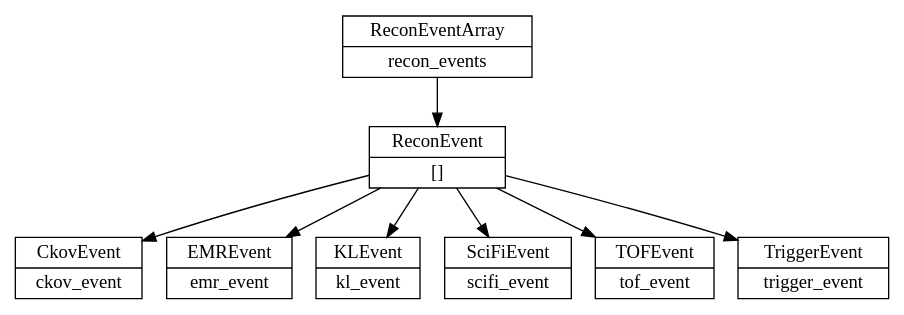
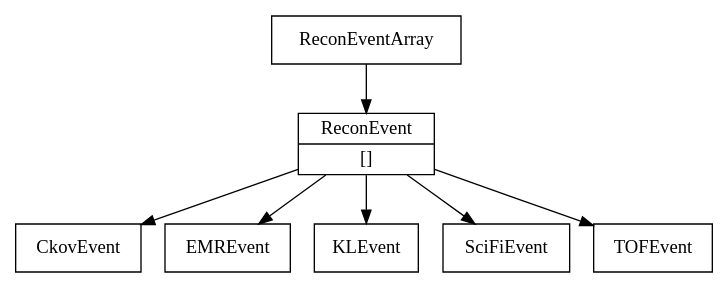
The diagram in figs/recon_datastructure.dot (durgarajaram/maus-software-paper), drawn with Graphviz before and after one commit. The commit also changed 21 other files, not shown here.

```diff
--- a/figs/recon_datastructure.dot
+++ b/figs/recon_datastructure.dot
@@ -1,20 +1,18 @@
 // generate using "dot recon_datastructure.dot -Tpdf -o recon_datastructure.pdf"
 
 digraph G {
   node [shape=record];
-  recon_events_array [shape=record, label="{ReconEventArray|recon_events}"]
+  recon_events_array [shape=record, label="{ReconEventArray}"]
     recon_events_array_item [shape=record, label="{ReconEvent|[]}"]
-      recon_events_array_item_ckov_event [shape=record, label="{CkovEvent|ckov_event}"]
-      recon_events_array_item_emr_event [shape=record, label="{EMREvent|emr_event}"]
-      recon_events_array_item_kl_event [shape=record, label="{KLEvent|kl_event}"]
-      recon_events_array_item_scifi_event [shape=record, label="{SciFiEvent|scifi_event}"]
-      recon_events_array_item_tof_event [shape=record, label="{TOFEvent|tof_event}"]
-      recon_events_array_item_trigger_event [shape=record, label="{TriggerEvent|trigger_event}"]
+      recon_events_array_item_ckov_event [shape=record, label="{CkovEvent}"]
+      recon_events_array_item_emr_event [shape=record, label="{EMREvent}"]
+      recon_events_array_item_kl_event [shape=record, label="{KLEvent}"]
+      recon_events_array_item_scifi_event [shape=record, label="{SciFiEvent}"]
+      recon_events_array_item_tof_event [shape=record, label="{TOFEvent}"]
   recon_events_array -> recon_events_array_item
     recon_events_array_item -> recon_events_array_item_ckov_event
     recon_events_array_item -> recon_events_array_item_emr_event
     recon_events_array_item -> recon_events_array_item_kl_event
     recon_events_array_item -> recon_events_array_item_scifi_event
     recon_events_array_item -> recon_events_array_item_tof_event
-    recon_events_array_item -> recon_events_array_item_trigger_event
 }
```
